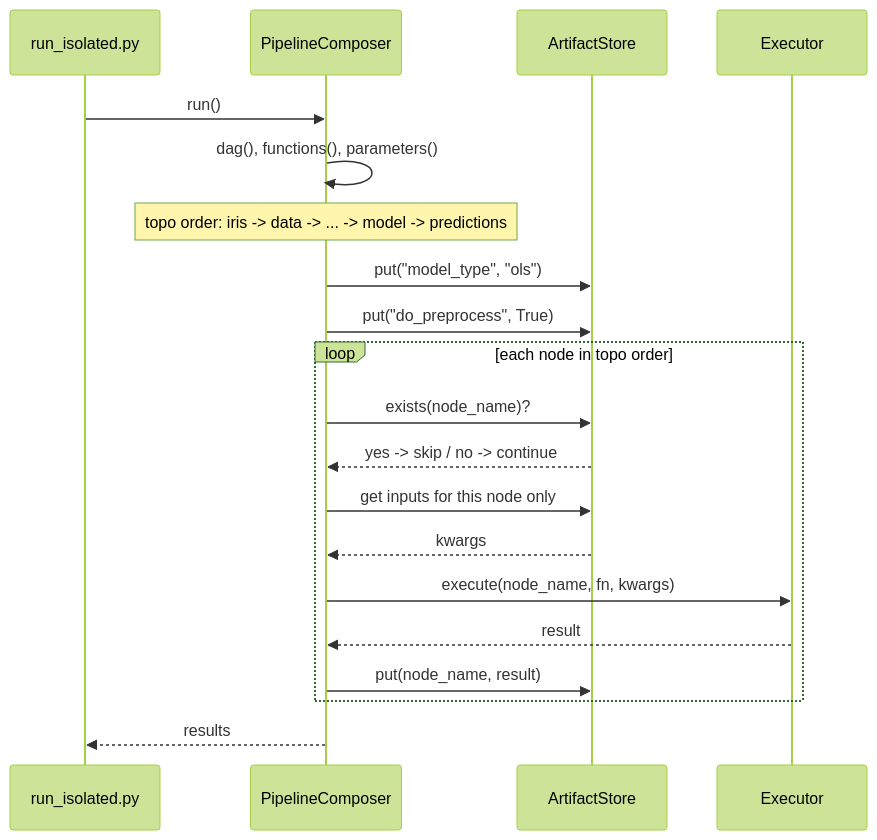
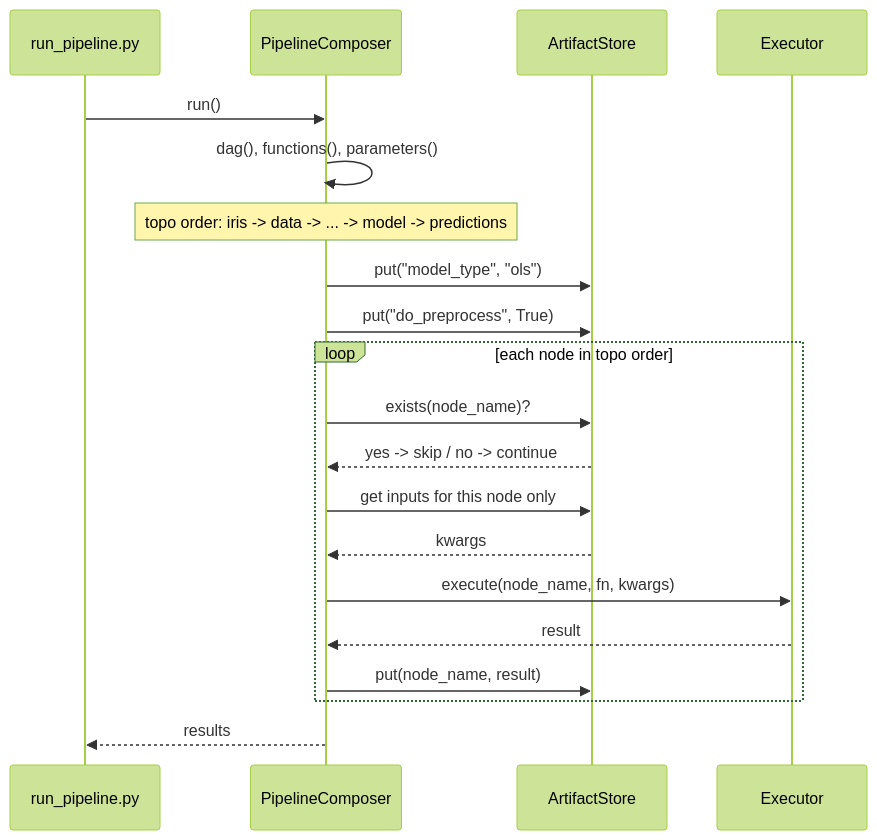
The seventh of 8 diagrams in fn_graph/examples/solution/01_fn_graph_extension.md (ganeshhgupta/fn_graph), drawn with Mermaid (forest theme) before and after one commit. The commit also changed other lines of this file and 6 other files, not shown here.

````diff
--- a/fn_graph/examples/solution/01_fn_graph_extension.md
+++ b/fn_graph/examples/solution/01_fn_graph_extension.md
@@ -141,26 +142,26 @@
 ```mermaid
 sequenceDiagram
-    participant run_isolated.py
+    participant run_pipeline.py
     participant PipelineComposer
     participant ArtifactStore
     participant Executor
 
-    run_isolated.py->>PipelineComposer: run()
+    run_pipeline.py->>PipelineComposer: run()
     PipelineComposer->>PipelineComposer: dag(), functions(), parameters()
     Note over PipelineComposer: topo order: iris -> data -> ... -> model -> predictions
 
     PipelineComposer->>ArtifactStore: put("model_type", "ols")
     PipelineComposer->>ArtifactStore: put("do_preprocess", True)
 
     loop each node in topo order
         PipelineComposer->>ArtifactStore: exists(node_name)?
         ArtifactStore-->>PipelineComposer: yes -> skip / no -> continue
         PipelineComposer->>ArtifactStore: get inputs for this node only
         ArtifactStore-->>PipelineComposer: kwargs
         PipelineComposer->>Executor: execute(node_name, fn, kwargs)
         Executor-->>PipelineComposer: result
         PipelineComposer->>ArtifactStore: put(node_name, result)
     end
 
-    PipelineComposer-->>run_isolated.py: results
+    PipelineComposer-->>run_pipeline.py: results
 ```
````
